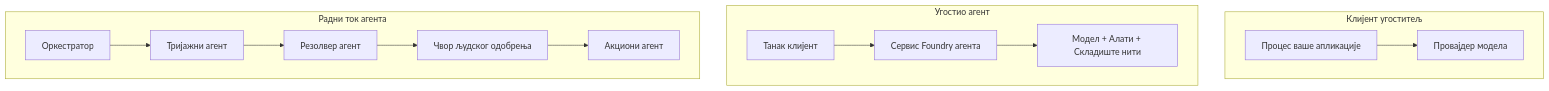
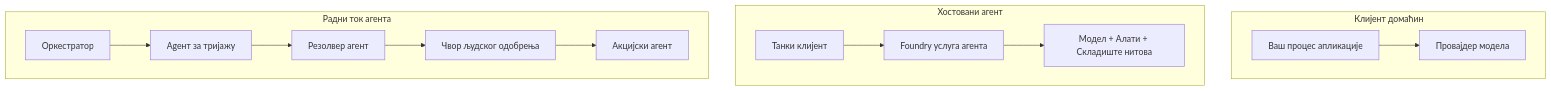
The first of 4 diagrams in mirrors/repos/microsoft@ai-agents-for-beginners/translations/sr/16-deploying-scalable-agents/README.md (gabrielmoreira/agent-skills-mirror), drawn with Mermaid before and after one commit. The commit also changed other lines of this file and 4262 other files, not shown here.

````diff
--- a/mirrors/repos/microsoft@ai-agents-for-beginners/translations/sr/16-deploying-scalable-agents/README.md
+++ b/mirrors/repos/microsoft@ai-agents-for-beginners/translations/sr/16-deploying-scalable-agents/README.md
@@ -87,16 +87,16 @@
 ```mermaid
 flowchart TB
-    subgraph P1[Клијент угоститељ]
-        A1[Процес ваше апликације] --> M1[Провајдер модела]
+    subgraph P1[Клијент домаћин]
+        A1[Ваш процес апликације] --> M1[Провајдер модела]
     end
-    subgraph P2[Угостио агент]
-        A2[Танак клијент] --> F2[Сервис Foundry агента]
-        F2 --> M2[Модел + Алати + Складиште нити]
+    subgraph P2[Хостовани агент]
+        A2[Танки клијент] --> F2[Foundry услуга агента]
+        F2 --> M2[Модел + Алати + Складиште нитова]
     end
     subgraph P3[Радни ток агента]
-        A3[Оркестратор] --> S1[Тријажни агент]
+        A3[Оркестратор] --> S1[Аgент за тријажу]
         S1 --> S2[Резолвер агент]
         S2 --> H[Чвор људског одобрења]
-        H --> S3[Акциони агент]
+        H --> S3[Акцијски агент]
     end
 ```
````
